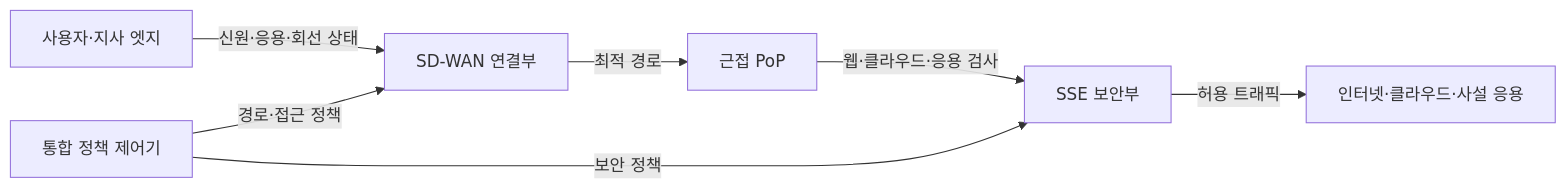
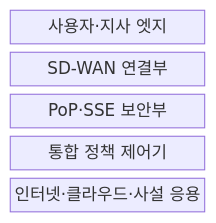
The first of 2 diagrams in src/content/docs/notes/04-network/090_sase.md (agnusdei1207/knowledge-base), drawn with Mermaid before and after one commit. The commit also changed other lines of this file and 21 other files, not shown here.

````diff
--- a/src/content/docs/notes/04-network/090_sase.md
+++ b/src/content/docs/notes/04-network/090_sase.md
@@ -52,9 +52,9 @@
 ```mermaid
-flowchart LR
-    A["사용자·지사 엣지"] -->|신원·응용·회선 상태| B["SD-WAN 연결부"]
-    B -->|최적 경로| C["근접 PoP"]
-    C -->|웹·클라우드·응용 검사| D["SSE 보안부"]
-    D -->|허용 트래픽| E["인터넷·클라우드·사설 응용"]
-    F["통합 정책 제어기"] -->|경로·접근 정책| B
-    F -->|보안 정책| D
+block-beta
+    columns 1
+    EDGE["사용자·지사 엣지"]
+    SDWAN["SD-WAN 연결부"]
+    POP["PoP·SSE 보안부"]
+    POLICY["통합 정책 제어기"]
+    APP["인터넷·클라우드·사설 응용"]
 ```
````
